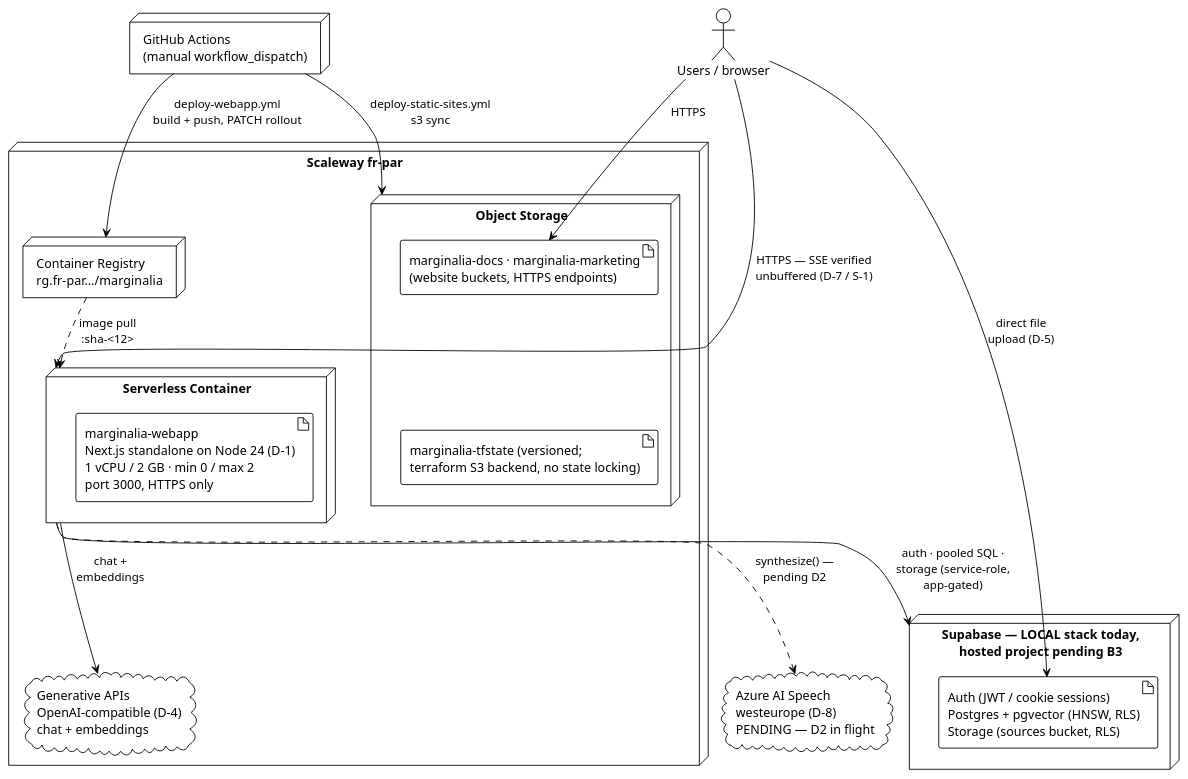
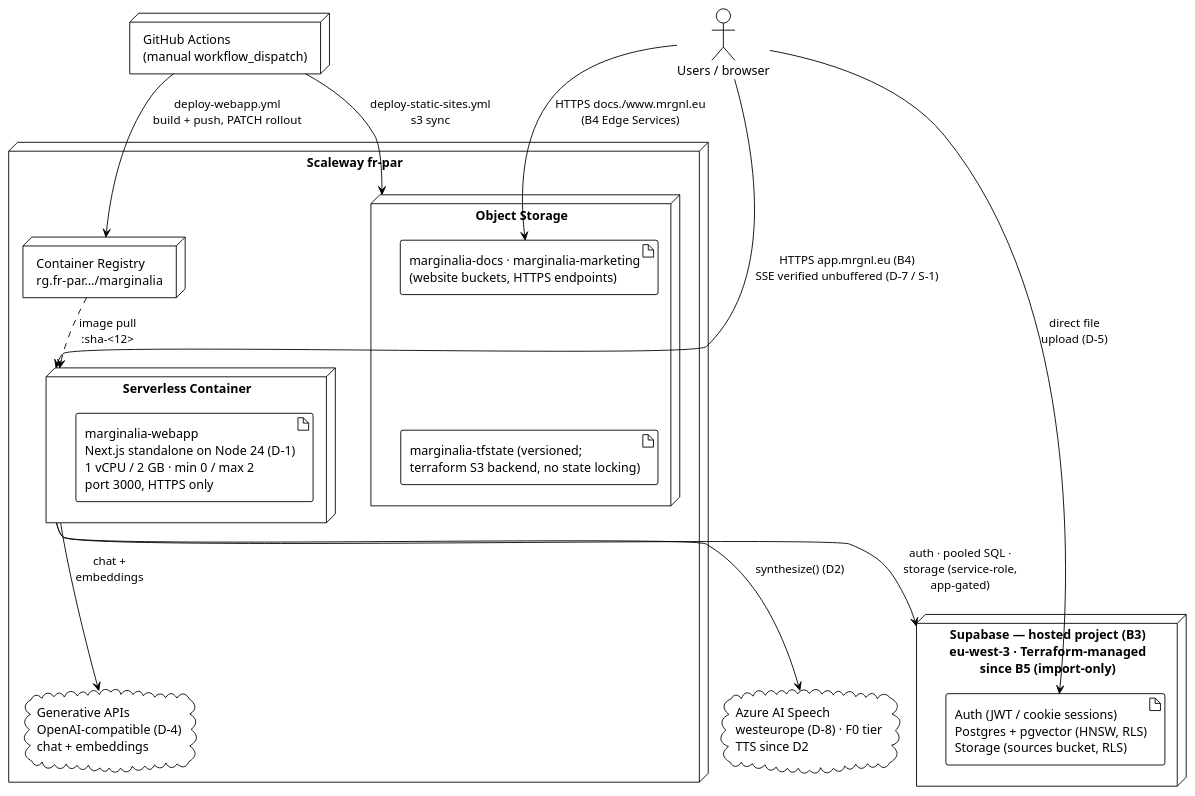
One commit to DonHeidi/notebooklm-clone changed the diagram in product/architecture/diagrams/physical-topology.puml. Above: the diagram before and after it, drawn with PlantUML. The commit also changed 2 other files, not shown here.

Commit message:
docs(product): refresh physical-topology diagram to merged-board reality
Supabase hosted + TF-managed (B3/B5), Azure Speech live (D2), custom
domains (B4); alt text updated to match. Flagged by C9 (#57);
owner-approved. All other SVGs re-rendered byte-identical.

```diff
--- a/product/architecture/diagrams/physical-topology.puml
+++ b/product/architecture/diagrams/physical-topology.puml
@@ -1,44 +1,44 @@
 @startuml physical-topology
 ' Deployment topology — source of truth: infrastructure/*.tf,
 ' apps/webapp/Dockerfile, .github/workflows/deploy-*.yml
 !theme plain
 skinparam nodesep 25
 skinparam ranksep 35
 
 actor "Users / browser" as User
 
 node "Scaleway fr-par" {
   node "Serverless Container" as Container {
     artifact "marginalia-webapp\nNext.js standalone on Node 24 (D-1)\n1 vCPU / 2 GB · min 0 / max 2\nport 3000, HTTPS only" as WebappArt
   }
   node "Container Registry\nrg.fr-par…/marginalia" as Registry
   cloud "Generative APIs\nOpenAI-compatible (D-4)\nchat + embeddings" as GenAPI
   node "Object Storage" as OS {
     artifact "marginalia-docs · marginalia-marketing\n(website buckets, HTTPS endpoints)" as Sites
     artifact "marginalia-tfstate (versioned;\nterraform S3 backend, no state locking)" as Tfstate
   }
 }
 
-node "Supabase — LOCAL stack today,\nhosted project pending B3" as Supabase {
+node "Supabase — hosted project (B3)\neu-west-3 · Terraform-managed\nsince B5 (import-only)" as Supabase {
   artifact "Auth (JWT / cookie sessions)\nPostgres + pgvector (HNSW, RLS)\nStorage (sources bucket, RLS)" as SbArt
 }
 
-cloud "Azure AI Speech\nwesteurope (D-8)\nPENDING — D2 in flight" as Azure
+cloud "Azure AI Speech\nwesteurope (D-8) · F0 tier\nTTS since D2" as Azure
 
 node "GitHub Actions\n(manual workflow_dispatch)" as CI
 
 ' Layout hints: keep the bucket artifacts and the registry/API pair
 ' stacked so the diagram fits the docs column.
 Sites -[hidden]down- Tfstate
 Registry -[hidden]down- GenAPI
 
-User --> Container : HTTPS — SSE verified\nunbuffered (D-7 / S-1)
-User --> Sites : HTTPS
+User --> Container : HTTPS app.mrgnl.eu (B4)\nSSE verified unbuffered (D-7 / S-1)
+User --> Sites : HTTPS docs./www.mrgnl.eu\n(B4 Edge Services)
 User --> SbArt : direct file\nupload (D-5)
 Container --> Supabase : auth · pooled SQL ·\nstorage (service-role,\napp-gated)
 Container --> GenAPI : chat +\nembeddings
-Container ..> Azure : synthesize() —\npending D2
+Container --> Azure : synthesize() (D2)
 Registry ..> Container : image pull\n:sha-<12>
 CI --> Registry : deploy-webapp.yml\nbuild + push, PATCH rollout
 CI --> OS : deploy-static-sites.yml\ns3 sync
 @enduml
```
